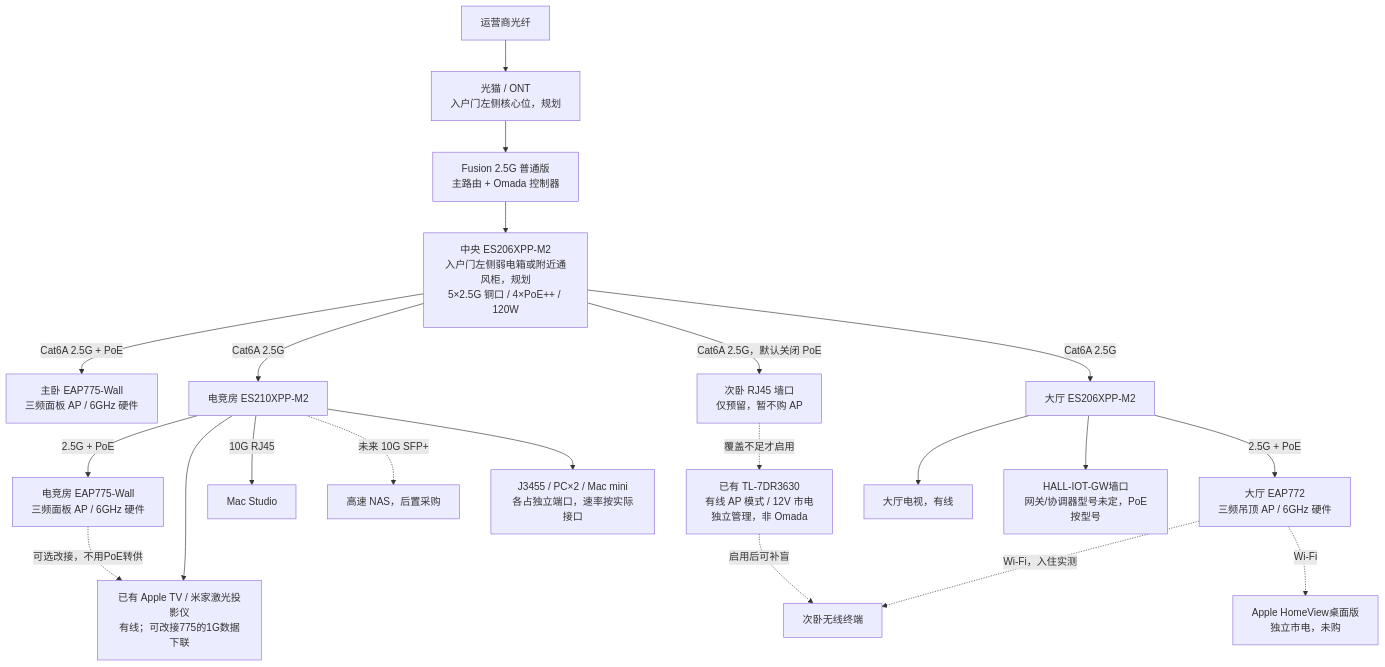
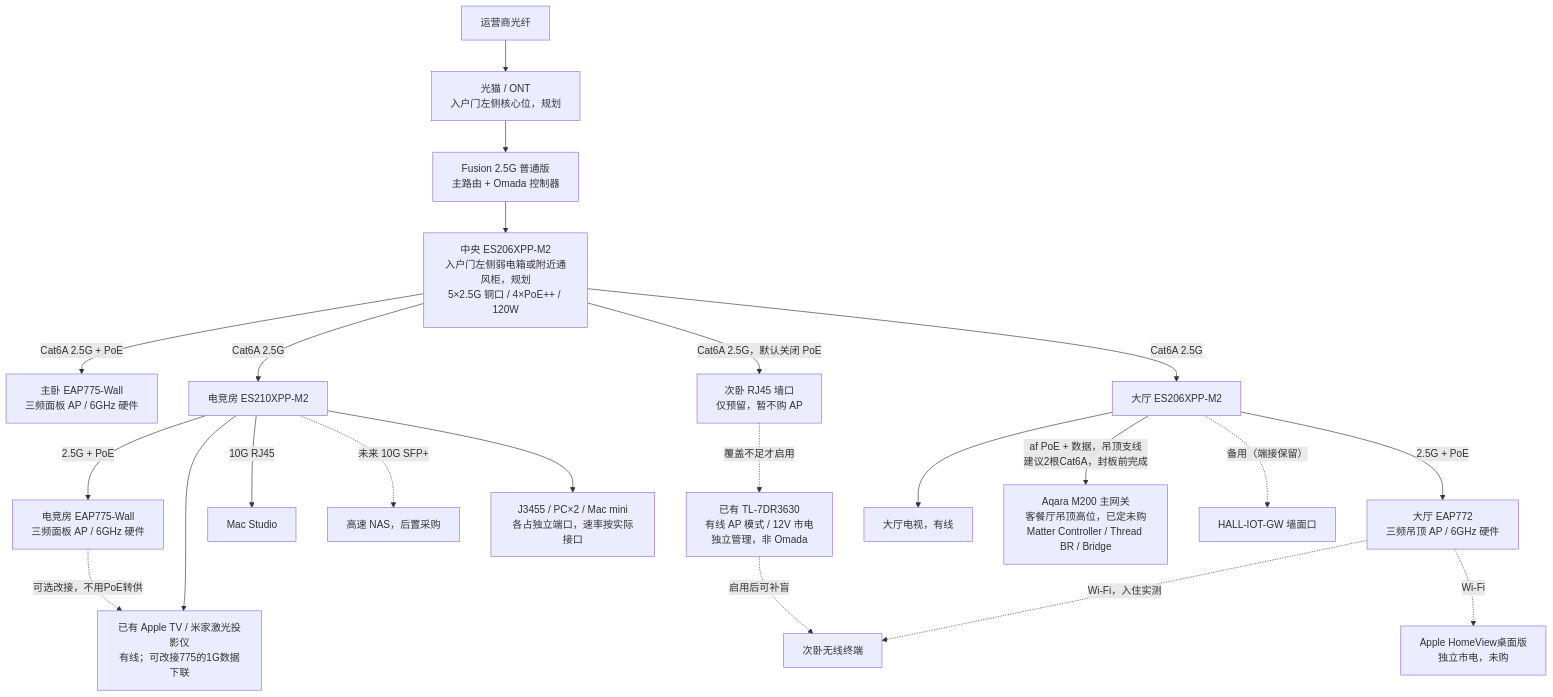
Before and after one commit to QZSAMA/AgentHomeAssistant: the first of 3 diagrams in docs/network-topology.md, drawn with Mermaid. The commit also changed other lines of this file and 5 other files, not shown here.

````diff
--- a/docs/network-topology.md
+++ b/docs/network-topology.md
@@ -7,23 +7,24 @@
 ```mermaid
 flowchart TD
   F[运营商光纤] --> ONT[光猫 / ONT<br/>入户门左侧核心位，规划]
   ONT --> R[Fusion 2.5G 普通版<br/>主路由 + Omada 控制器]
   R --> C[中央 ES206XPP-M2<br/>入户门左侧弱电箱或附近通风柜，规划<br/>5×2.5G 铜口 / 4×PoE++ / 120W]
   C -->|Cat6A 2.5G + PoE| M[主卧 EAP775-Wall<br/>三频面板 AP / 6GHz 硬件]
   C -->|Cat6A 2.5G，默认关闭 PoE| S[次卧 RJ45 墙口<br/>仅预留，暂不购 AP]
   S -. 覆盖不足才启用 .-> OLD[已有 TL-7DR3630<br/>有线 AP 模式 / 12V 市电<br/>独立管理，非 Omada]
   C -->|Cat6A 2.5G| WS[电竞房 ES210XPP-M2]
   C -->|Cat6A 2.5G| HS[大厅 ES206XPP-M2]
   WS -->|2.5G + PoE| WA[电竞房 EAP775-Wall<br/>三频面板 AP / 6GHz 硬件]
   WS -->|10G RJ45| MAC[Mac Studio]
   WS -. 未来 10G SFP+ .-> NAS[高速 NAS，后置采购]
   WS --> J[J3455 / PC×2 / Mac mini<br/>各占独立端口，速率按实际接口]
   WS --> AV[已有 Apple TV / 米家激光投影仪<br/>有线；可改接775的1G数据下联]
   WA -. 可选改接，不用PoE转供 .-> AV
   HS -->|2.5G + PoE| HA[大厅 EAP772<br/>三频吊顶 AP / 6GHz 硬件]
   HS --> TV[大厅电视，有线]
-  HS --> GW[HALL-IOT-GW墙口<br/>网关/协调器型号未定，PoE按型号]
+  HS -->|af PoE + 数据，吊顶支线<br/>建议2根Cat6A，封板前完成| GW[Aqara M200 主网关<br/>客餐厅吊顶高位，已定未购<br/>Matter Controller / Thread BR / Bridge]
+  HS -. 备用（端接保留） .-> WG[HALL-IOT-GW 墙面口]
   HA -. Wi-Fi .-> HUB[Apple HomeView桌面版<br/>独立市电，未购]
   HA -. Wi-Fi，入住实测 .-> SC[次卧无线终端]
   OLD -. 启用后可补盲 .-> SC
 ```
````
